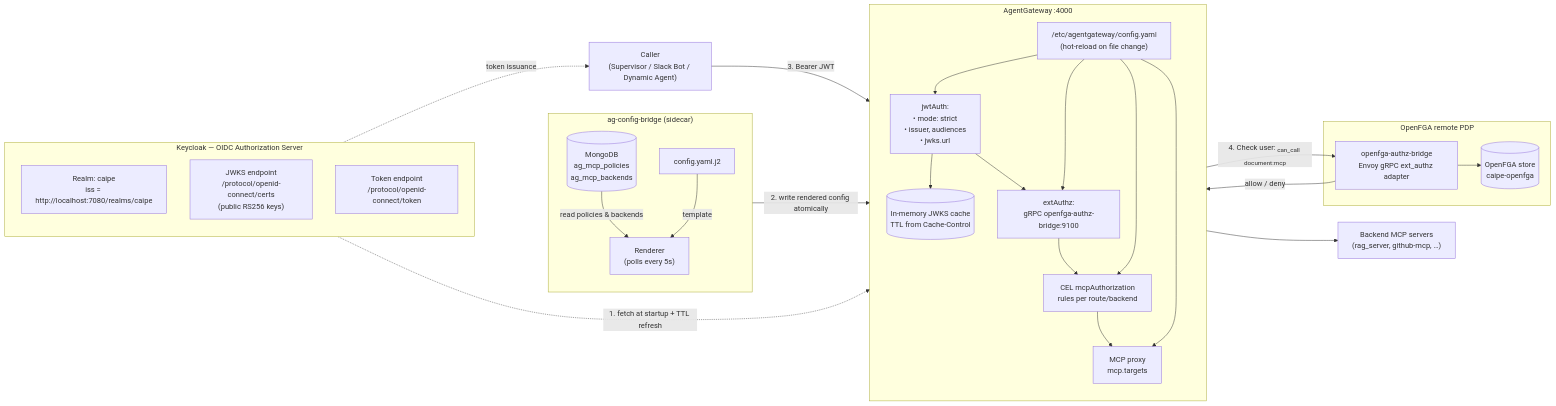
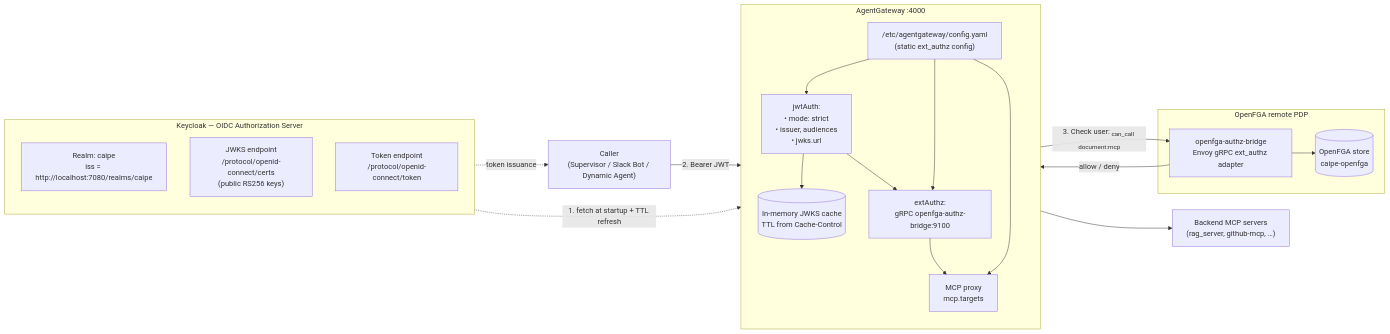
The second of 2 diagrams in docs/docs/security/rbac/architecture.md (cnoe-io/ai-platform-engineering), drawn with Mermaid before and after one commit. The commit also changed other lines of this file and 253 other files, not shown here.

````diff
--- a/docs/docs/security/rbac/architecture.md
+++ b/docs/docs/security/rbac/architecture.md
@@ -398,50 +406,37 @@
 ```mermaid
 flowchart LR
   subgraph Keycloak["Keycloak — OIDC Authorization Server"]
     direction TB
     KC_ISS["Realm: caipe<br/>iss = http://localhost:7080/realms/caipe"]
     KC_JWKS["JWKS endpoint<br/>/protocol/openid-connect/certs<br/>(public RS256 keys)"]
     KC_TOK["Token endpoint<br/>/protocol/openid-connect/token"]
   end
 
-  subgraph Bridge["ag-config-bridge (sidecar)"]
-    direction TB
-    MDB[("MongoDB<br/>ag_mcp_policies<br/>ag_mcp_backends")]
-    TPL["config.yaml.j2"]
-    REND["Renderer<br/>(polls every 5s)"]
-    MDB -->|read policies & backends| REND
-    TPL -->|template| REND
-  end
-
   subgraph AG["AgentGateway :4000"]
     direction TB
-    CFG["/etc/agentgateway/config.yaml<br/>(hot-reload on file change)"]
+    CFG["/etc/agentgateway/config.yaml<br/>(static ext_authz config)"]
     JWKS_CACHE[("In-memory JWKS cache<br/>TTL from Cache-Control")]
     JWT_VAL["jwtAuth:<br/>• mode: strict<br/>• issuer, audiences<br/>• jwks.url"]
     EXT["extAuthz:<br/>gRPC openfga-authz-bridge:9100"]
-    CEL["CEL mcpAuthorization<br/>rules per route/backend"]
     PROXY["MCP proxy<br/>mcp.targets"]
     CFG --> JWT_VAL
     CFG --> EXT
-    CFG --> CEL
     CFG --> PROXY
     JWT_VAL --> JWKS_CACHE
   end
 
   subgraph FGA["OpenFGA remote PDP"]
     BRIDGE["openfga-authz-bridge<br/>Envoy gRPC ext_authz adapter"]
     STORE[("OpenFGA store<br/>caipe-openfga")]
     BRIDGE --> STORE
   end
 
   KC_JWKS -.->|1. fetch at startup + TTL refresh| JWKS_CACHE
-  REND -->|2. write rendered config atomically| CFG
-  Client["Caller<br/>(Supervisor / Slack Bot / Dynamic Agent)"] -->|3. Bearer JWT| JWT_VAL
+  Client["Caller<br/>(Supervisor / Slack Bot / Dynamic Agent)"] -->|2. Bearer JWT| JWT_VAL
   JWT_VAL --> EXT
-  EXT -->|4. Check user:<sub> can_call document:mcp| BRIDGE
+  EXT -->|3. Check user:<sub> can_call document:mcp| BRIDGE
   BRIDGE -->|allow / deny| EXT
-  EXT --> CEL
-  CEL --> PROXY
+  EXT --> PROXY
   PROXY --> MCP["Backend MCP servers<br/>(rag_server, github-mcp, …)"]
   KC_TOK -.->|token issuance| Client
 ```
````
